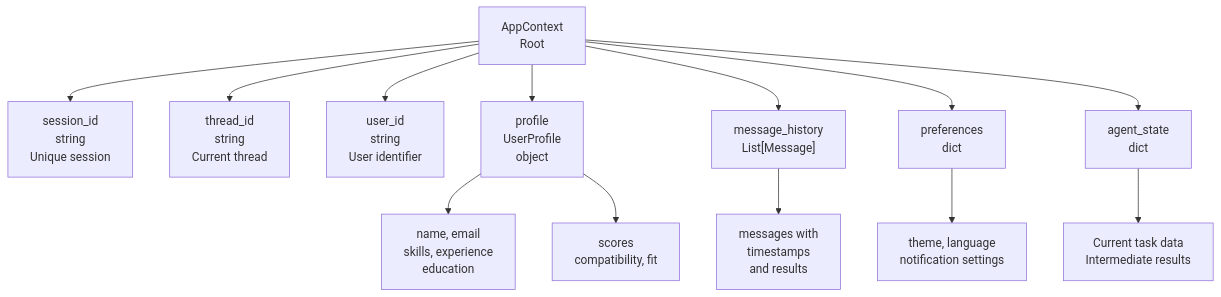
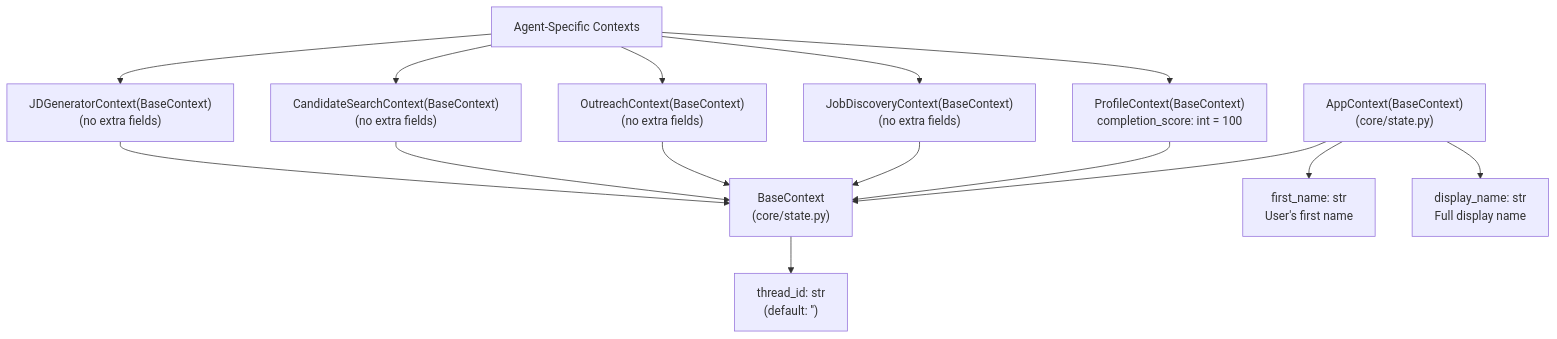
One commit to savipk/autochat changed the second of 7 diagrams in docs/architecture/07-state-management.md. Above: the diagram before and after it, drawn with Mermaid. The commit also changed other lines of this file and 27 other files, not shown here.

Commit message:
modify profile agent

````diff
--- a/docs/architecture/07-state-management.md
+++ b/docs/architecture/07-state-management.md
@@ -81,36 +77,36 @@
 ```mermaid
 graph TB
-    AppContext["AppContext<br/>Root"]
+    BaseContext["BaseContext<br/>(core/state.py)"]
 
-    Session["session_id<br/>string<br/>Unique session"]
-    ThreadID["thread_id<br/>string<br/>Current thread"]
-    UserID["user_id<br/>string<br/>User identifier"]
+    ThreadID["thread_id: str<br/>(default: '')"]
 
-    Profile["profile<br/>UserProfile<br/>object"]
-    ProfileName["name, email<br/>skills, experience<br/>education"]
-    ProfileScore["scores<br/>compatibility, fit"]
+    AppContext["AppContext(BaseContext)<br/>(core/state.py)"]
 
-    History["message_history<br/>List[Message]"]
-    HistMsg["messages with<br/>timestamps<br/>and results"]
+    FirstName["first_name: str<br/>User's first name"]
+    DisplayName["display_name: str<br/>Full display name"]
 
-    Preferences["preferences<br/>dict"]
-    PrefTheme["theme, language<br/>notification settings"]
+    AgentContexts["Agent-Specific Contexts"]
 
-    State["agent_state<br/>dict"]
-    StateData["Current task data<br/>Intermediate results"]
+    ProfileContext["ProfileContext(BaseContext)<br/>completion_score: int = 100"]
+    JobContext["JobDiscoveryContext(BaseContext)<br/>(no extra fields)"]
+    OutreachContext["OutreachContext(BaseContext)<br/>(no extra fields)"]
+    CandidateContext["CandidateSearchContext(BaseContext)<br/>(no extra fields)"]
+    JDContext["JDGeneratorContext(BaseContext)<br/>(no extra fields)"]
 
-    AppContext --> Session
-    AppContext --> ThreadID
-    AppContext --> UserID
-    AppContext --> Profile
-    AppContext --> History
-    AppContext --> Preferences
-    AppContext --> State
+    BaseContext --> ThreadID
+    AppContext --> BaseContext
+    AppContext --> FirstName
+    AppContext --> DisplayName
 
-    Profile --> ProfileName
-    Profile --> ProfileScore
+    AgentContexts --> ProfileContext
+    AgentContexts --> JobContext
+    AgentContexts --> OutreachContext
+    AgentContexts --> CandidateContext
+    AgentContexts --> JDContext
 
-    History --> HistMsg
-    Preferences --> PrefTheme
-    State --> StateData
+    ProfileContext --> BaseContext
+    JobContext --> BaseContext
+    OutreachContext --> BaseContext
+    CandidateContext --> BaseContext
+    JDContext --> BaseContext
 ```
````
